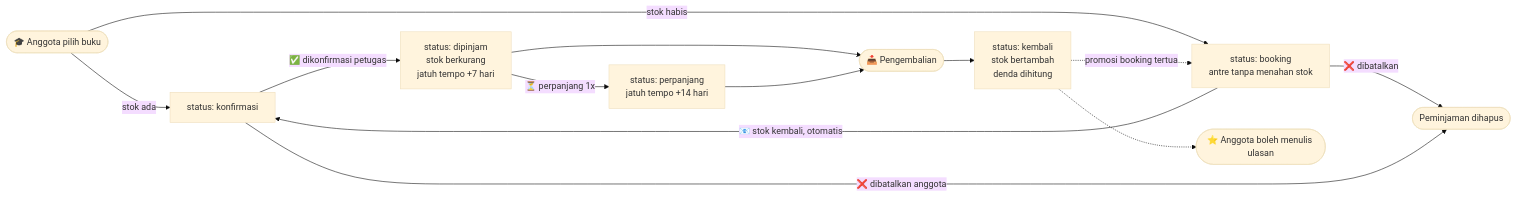
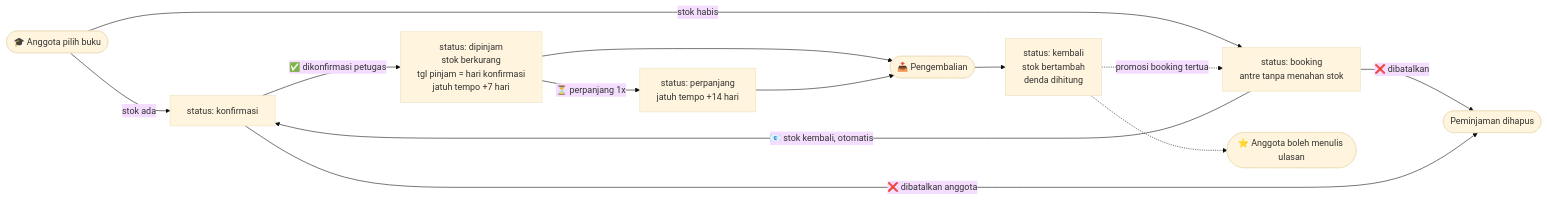
The second of 2 diagrams in README.md (Almasyriqi/Laravel_Web_Perpustakaan), drawn with Mermaid (base theme) before and after one commit. The commit also changed other lines of this file and 4 other files, not shown here.

First line of the commit message:
fix: jatuh tempo dihitung dari tanggal konfirmasi, bukan tanggal pengajuan

````diff
--- a/README.md
+++ b/README.md
@@ -244,15 +244,15 @@
 ```mermaid
 flowchart LR
     A([🎓 Anggota pilih buku]) -->|stok ada| B[status: konfirmasi]
     A -->|stok habis| K[status: booking<br/>antre tanpa menahan stok]
     K -->|📧 stok kembali, otomatis| B
     K -->|❌ dibatalkan| X([Peminjaman dihapus])
     B -->|❌ dibatalkan anggota| X
-    B -->|✅ dikonfirmasi petugas| C[status: dipinjam<br/>stok berkurang<br/>jatuh tempo +7 hari]
+    B -->|✅ dikonfirmasi petugas| C[status: dipinjam<br/>stok berkurang<br/>tgl pinjam = hari konfirmasi<br/>jatuh tempo +7 hari]
     C -->|⏳ perpanjang 1x| D[status: perpanjang<br/>jatuh tempo +14 hari]
     C --> E([📥 Pengembalian])
     D --> E
     E --> F[status: kembali<br/>stok bertambah<br/>denda dihitung]
     F -.->|promosi booking tertua| K
     F -.-> G([⭐ Anggota boleh menulis ulasan])
 ```
````
